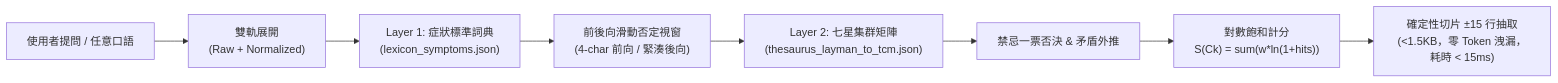
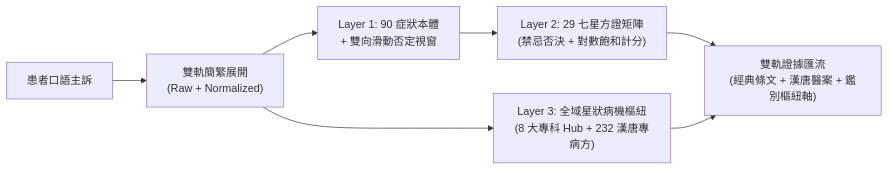
The diagram in nihaisha/SKILL.md (meteorda/Web_Repo), drawn with Mermaid before and after one commit. The commit also changed other lines of this file and 11 other files, not shown here.

Commit message:
feat(nihaisha): upgrade web workbench to v4.0 with SKILL.md full injection, Star-Graph, and TCM widgets

````diff
--- a/nihaisha/SKILL.md
+++ b/nihaisha/SKILL.md
@@ -107,10 +79,9 @@
 ```mermaid
 flowchart LR
-    UserInput["使用者提問 / 任意口語"] --> DualTrack["雙軌展開\n(Raw + Normalized)"]
-    DualTrack --> Layer1["Layer 1: 症狀標準詞典\n(lexicon_symptoms.json)"]
-    Layer1 --> NegWindow["前後向滑動否定視窗\n(4-char 前向 / 緊湊後向)"]
-    NegWindow --> Layer2["Layer 2: 七星集群矩陣\n(thesaurus_layman_to_tcm.json)"]
-    Layer2 --> Veto["禁忌一票否決 & 矛盾外推"]
-    Veto --> LogScore["對數飽和計分\nS(Ck) = sum(w*ln(1+hits))"]
-    LogScore --> TopK["確定性切片 ±15 行抽取\n(<1.5KB，零 Token 洩漏，耗時 < 15ms)"]
+    UserInput["患者口語主訴"] --> DualTrack["雙軌簡繁展開\n(Raw + Normalized)"]
+    DualTrack --> Layer1["Layer 1: 90 症狀本體\n+ 雙向滑動否定視窗"]
+    DualTrack --> Layer3["Layer 3: 全域星狀病機樞紐\n(8 大專科 Hub + 232 漢唐專病方)"]
+    Layer1 --> Layer2["Layer 2: 29 七星方證矩陣\n(禁忌否決 + 對數飽和計分)"]
+    Layer2 --> Merge["雙軌證據匯流\n(經典條文 + 漢唐醫案 + 鑑別樞紐軸)"]
+    Layer3 --> Merge
 ```
````
